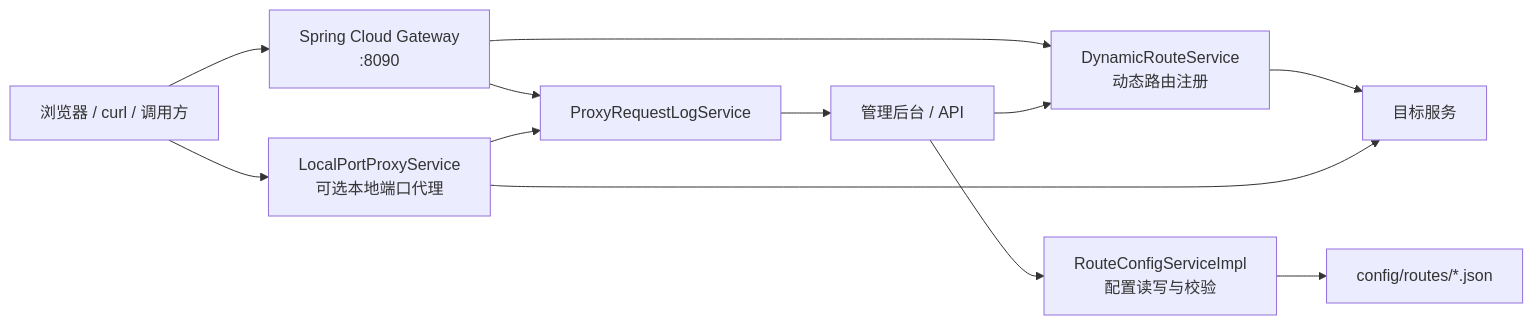
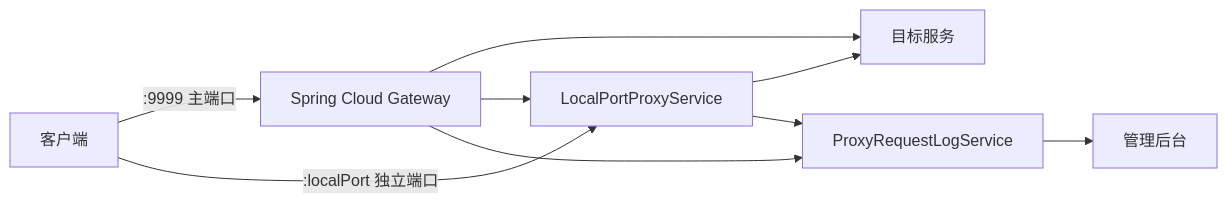
One commit to geek-xin/web-router changed the diagram in wiki/Home.md. Above: the diagram before and after it, drawn with Mermaid. The commit also changed other lines of this file and 126 other files, not shown here.

````diff
--- a/wiki/Home.md
+++ b/wiki/Home.md
@@ -28,17 +36,11 @@
 ```mermaid
 flowchart LR
-    Client["浏览器 / curl / 调用方"] --> Gateway["Spring Cloud Gateway\n:8090"]
-    Gateway --> DynamicRoutes["DynamicRouteService\n动态路由注册"]
-    DynamicRoutes --> Target["目标服务"]
-
-    Admin["管理后台 / API"] --> RouteService["RouteConfigServiceImpl\n配置读写与校验"]
-    RouteService --> JsonFiles["config/routes/*.json"]
-    Admin --> DynamicRoutes
-
-    Client --> LocalProxy["LocalPortProxyService\n可选本地端口代理"]
-    LocalProxy --> Target
-
-    Gateway --> Logs["ProxyRequestLogService"]
-    LocalProxy --> Logs
-    Logs --> Admin
+    C["客户端"] -->|":9999 主端口"| G["Spring Cloud Gateway"]
+    C -->|":localPort 独立端口"| L["LocalPortProxyService"]
+    G --> T["目标服务"]
+    G --> L
+    L --> T
+    G --> R["ProxyRequestLogService"]
+    L --> R
+    R --> A["管理后台"]
 ```
````
